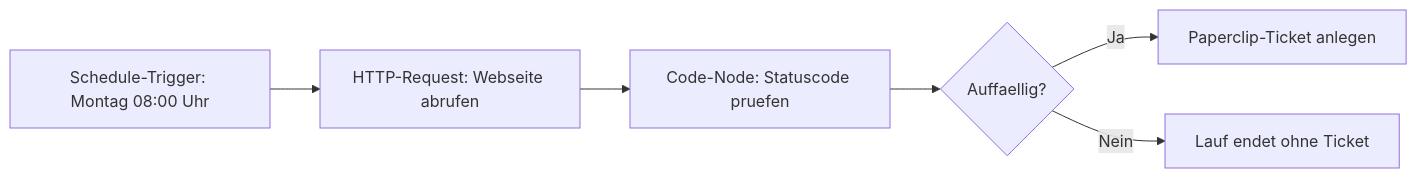
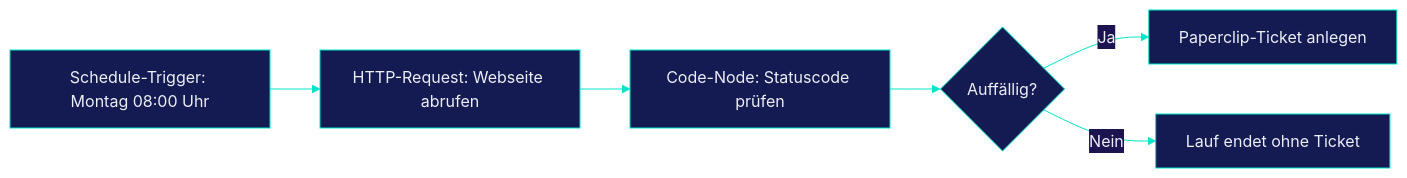
One commit to zinburg-labs/ki-team-kostprobe changed the diagram in routinen-beispiele/stufe-3-woechentlicher-abgleich-n8n/README.md. Above: the diagram before and after it, drawn with Mermaid. The commit also changed other lines of this file and 4 other files, not shown here.

Commit message:
README im Stil von consulting.zinburg.dev: Banner, Kurzüberblick, Drei-Schritte-Einstieg, Diagramme in den Farben der Website mit echten Umlauten, Rückverweise

````diff
--- a/routinen-beispiele/stufe-3-woechentlicher-abgleich-n8n/README.md
+++ b/routinen-beispiele/stufe-3-woechentlicher-abgleich-n8n/README.md
@@ -17,8 +17,9 @@
 ```mermaid
+%%{init: {'theme':'base','themeVariables':{'primaryColor':'#141A52','primaryTextColor':'#ECEFF7','primaryBorderColor':'#00E5C7','lineColor':'#00E5C7','secondaryColor':'#1C1450','tertiaryColor':'#0A0D2B'}}}%%
 flowchart LR
     A[Schedule-Trigger: Montag 08:00 Uhr] --> B[HTTP-Request: Webseite abrufen]
-    B --> C[Code-Node: Statuscode pruefen]
-    C --> D{Auffaellig?}
+    B --> C[Code-Node: Statuscode prüfen]
+    C --> D{Auffällig?}
     D -- Ja --> E[Paperclip-Ticket anlegen]
     D -- Nein --> F[Lauf endet ohne Ticket]
 ```
````
